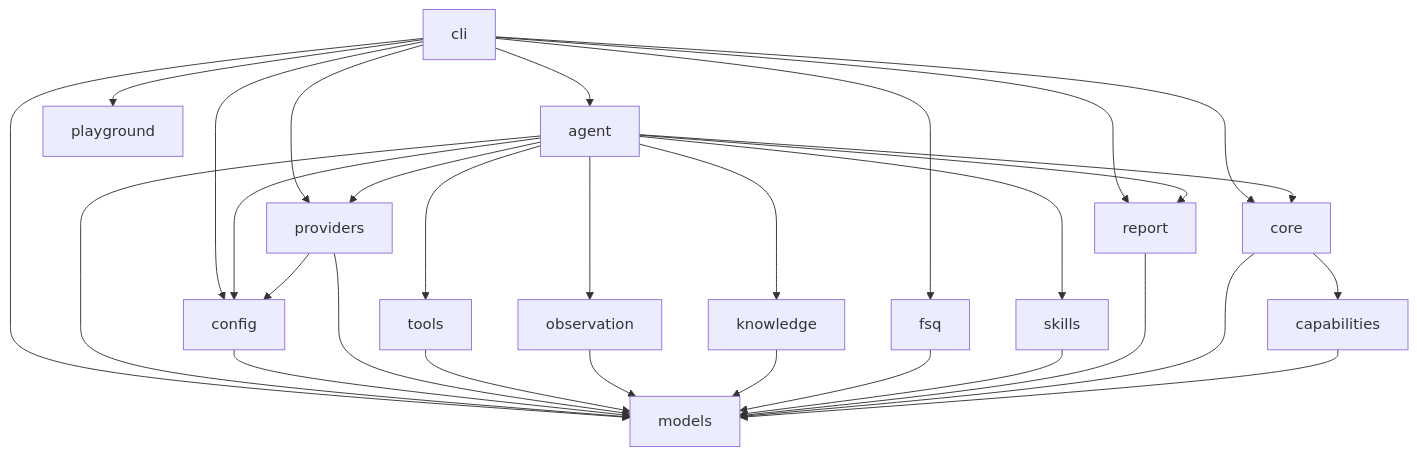
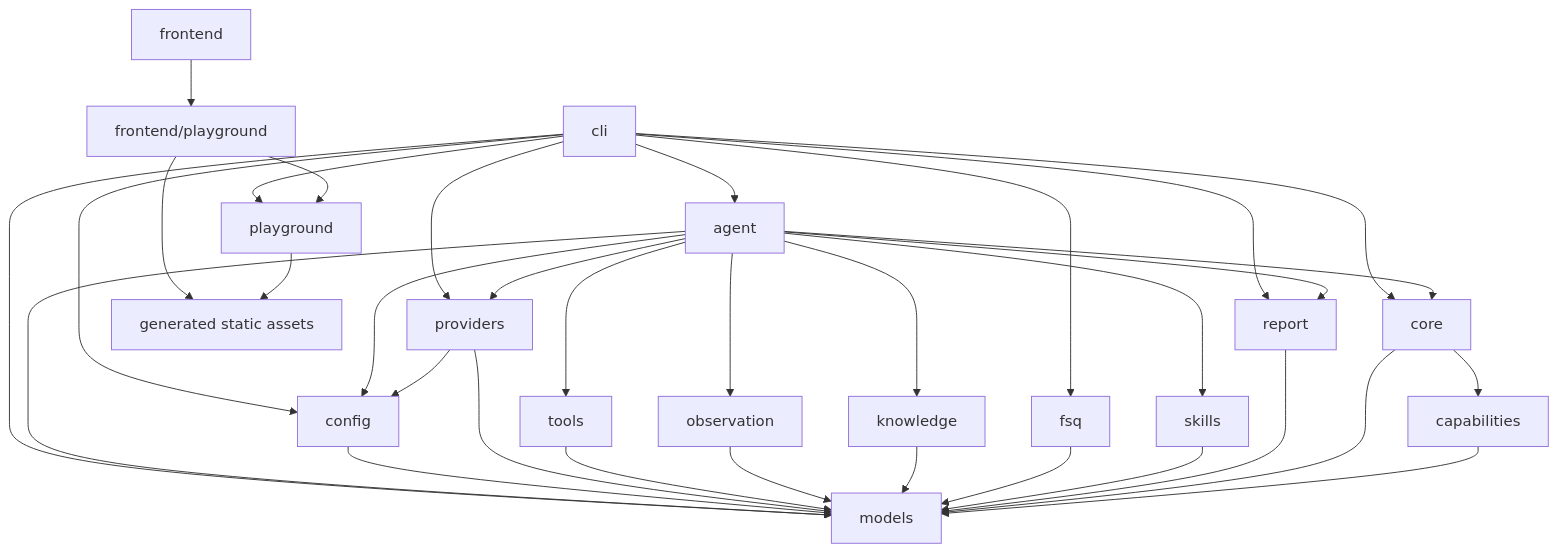
One commit to houlianpi/FSQ changed the diagram in SPEC.md. Above: the diagram before and after it, drawn with Mermaid. The commit also changed other lines of this file and 17 other files, not shown here.

````diff
--- a/SPEC.md
+++ b/SPEC.md
@@ -139,32 +141,36 @@
 ```mermaid
 flowchart TD
     CLI[cli] --> Agent[agent]
     CLI --> Core[core]
     CLI --> FSQ[fsq]
     CLI --> Config[config]
     CLI --> Providers[providers]
     CLI --> Models[models]
     CLI --> Report[report]
     CLI --> Playground[playground]
     Agent --> Core[core]
     Agent --> Config[config]
     Agent --> Providers[providers]
     Agent --> Models[models]
     Agent --> Tools[tools]
     Agent --> Observation[observation]
     Agent --> Knowledge[knowledge]
     Agent --> Skills[skills]
     Agent --> Report[report]
     Config --> Models
     Providers --> Config
     Providers --> Models
     Tools --> Models
     Observation --> Models
     Knowledge --> Models
     FSQ --> Models
     Skills --> Models
     Report --> Models
     Core --> Models
     Capabilities[capabilities] --> Models
     Core --> Capabilities
+    Frontend[frontend] --> FrontendPlayground[frontend/playground]
+    FrontendPlayground --> Playground
+    FrontendPlayground --> StaticAssets[generated static assets]
+    Playground --> StaticAssets
 ```
````
